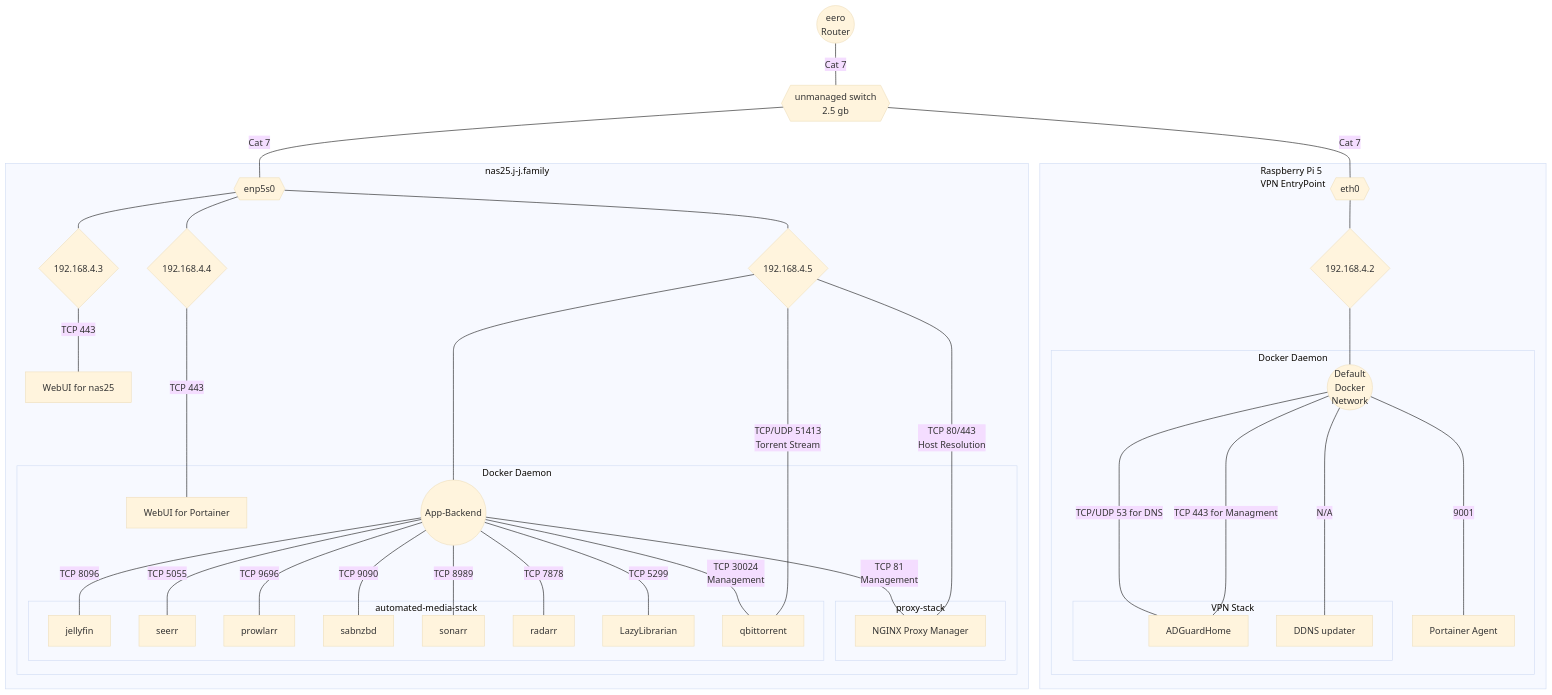
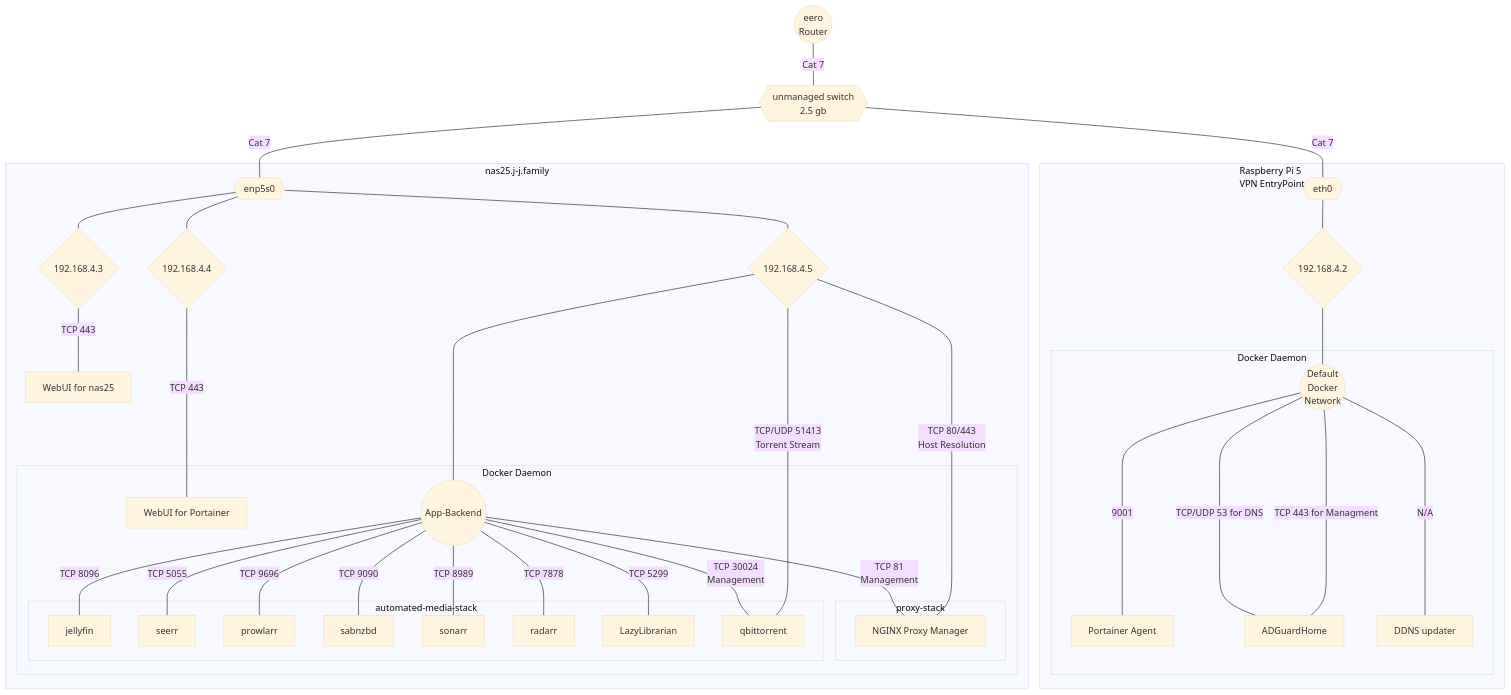
Before and after one commit to archdukejim/home-design: the diagram in documents/bydate/2026-03-07/content.md, drawn with Mermaid (base theme). The commit also changed 1 other file, not shown here.

Commit message:
updated actual design and status as of 2026-03-07

```diff
--- a/documents/bydate/2026-03-07/content.md
+++ b/documents/bydate/2026-03-07/content.md
@@ -17,10 +17,8 @@
             subgraph docker-pi-vpn [Docker Daemon]
                 pi-vpn-docker-network
                 pi-vpn-portainer-agent
-                subgraph docker-pi-vpn-stack [ VPN Stack ]
-                    adguard-dns
-                    pi-vpn-ddns
-                end
+                adguard-dns
+                pi-vpn-ddns
             end
 
         end
```
